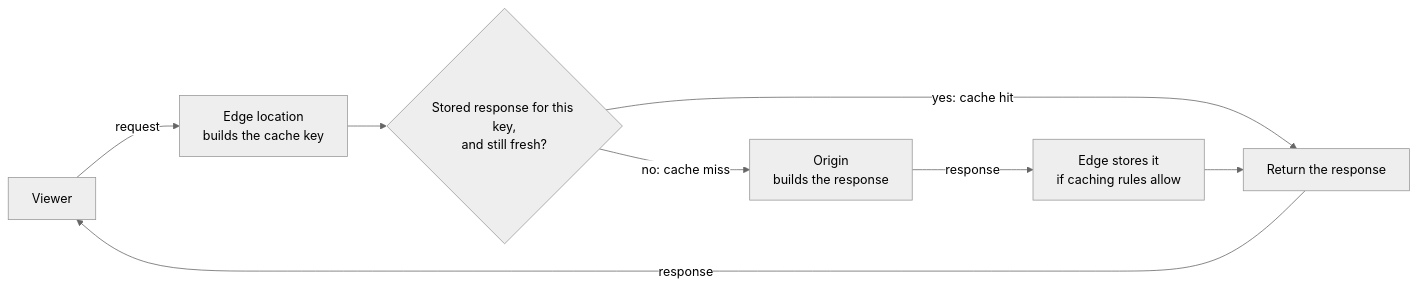
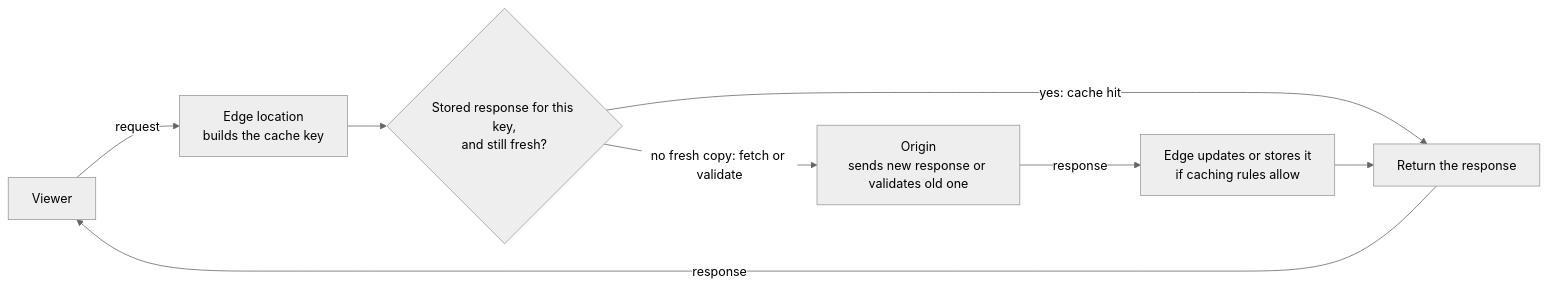
Before and after one commit to David-A18/MY-humble-knowledge-for-everyone: the diagram in knowledge/cloud/edge/cdn-and-edge-fundamentals.md, drawn with Mermaid (neutral theme). The commit also changed other lines of this file and 7 other files, not shown here.

````diff
--- a/knowledge/cloud/edge/cdn-and-edge-fundamentals.md
+++ b/knowledge/cloud/edge/cdn-and-edge-fundamentals.md
@@ -90,10 +107,10 @@
 ```mermaid
 flowchart LR
   viewer["Viewer"] -- "request" --> edge["Edge location<br/>builds the cache key"]
   edge --> check{"Stored response for this key,<br/>and still fresh?"}
   check -- "yes: cache hit" --> reply["Return the response"]
-  check -- "no: cache miss" --> origin["Origin<br/>builds the response"]
-  origin -- "response" --> store["Edge stores it<br/>if caching rules allow"]
+  check -- "no fresh copy: fetch or validate" --> origin["Origin<br/>sends new response or validates old one"]
+  origin -- "response" --> store["Edge updates or stores it<br/>if caching rules allow"]
   store --> reply
   reply -- "response" --> viewer
 ```
````
